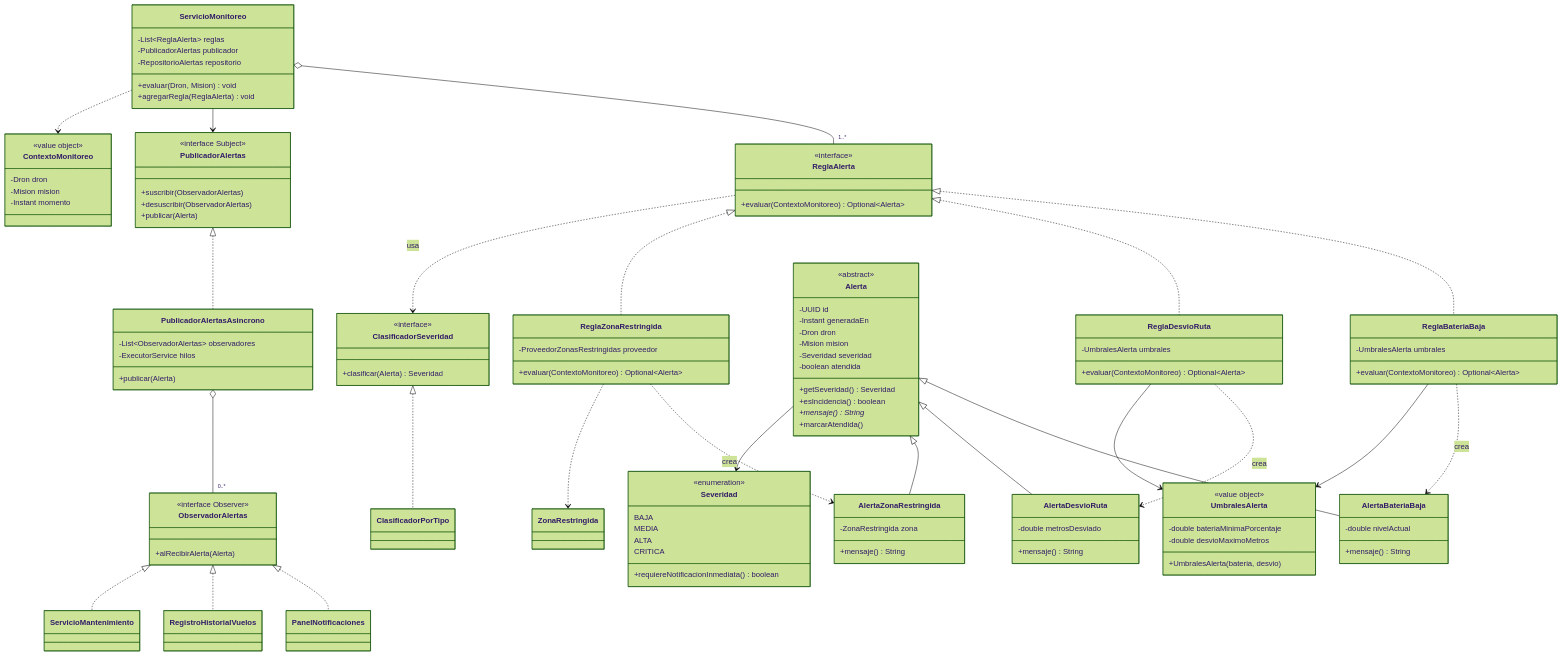
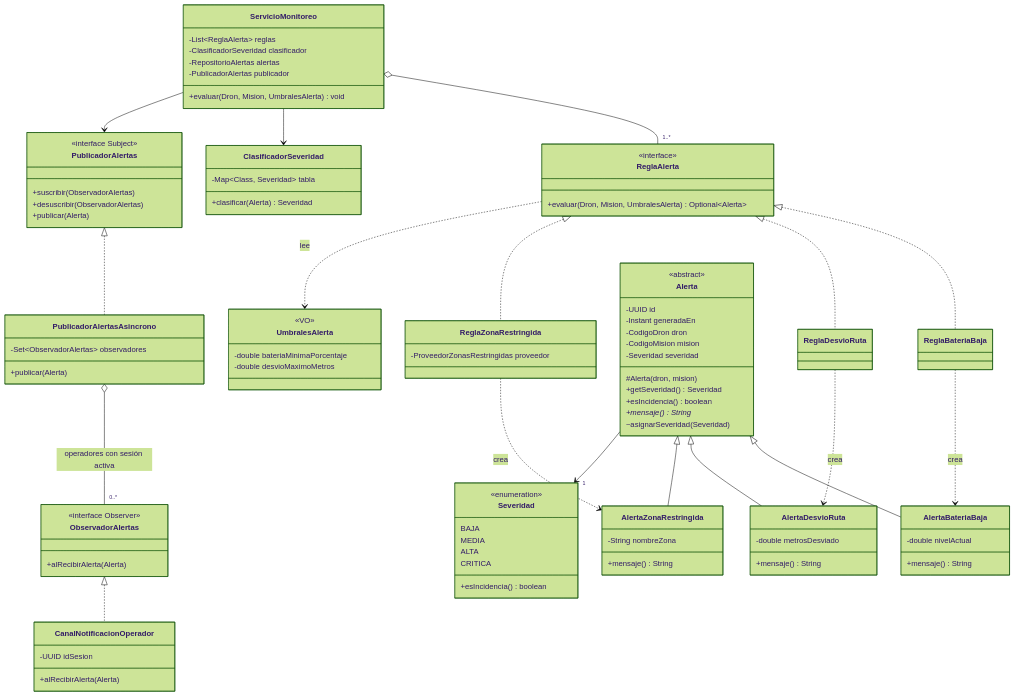
One commit to Juanescuaran2041/dronflow changed the fifth of 7 diagrams in docs/diagrama-clases.md. Above: the diagram before and after it, drawn with Mermaid (forest theme). The commit also changed other lines of this file and 11 other files, not shown here.

````diff
--- a/docs/diagrama-clases.md
+++ b/docs/diagrama-clases.md
@@ -389,46 +383,33 @@
 
     class ServicioMonitoreo {
         -List~ReglaAlerta~ reglas
+        -ClasificadorSeveridad clasificador
+        -RepositorioAlertas alertas
         -PublicadorAlertas publicador
-        -RepositorioAlertas repositorio
-        +evaluar(Dron, Mision) void
-        +agregarRegla(ReglaAlerta) void
+        +evaluar(Dron, Mision, UmbralesAlerta) void
     }
     class ReglaAlerta {
         <<interface>>
-        +evaluar(ContextoMonitoreo) Optional~Alerta~
+        +evaluar(Dron, Mision, UmbralesAlerta) Optional~Alerta~
     }
-    class ReglaBateriaBaja {
-        -UmbralesAlerta umbrales
-        +evaluar(ContextoMonitoreo) Optional~Alerta~
-    }
-    class ReglaDesvioRuta {
-        -UmbralesAlerta umbrales
-        +evaluar(ContextoMonitoreo) Optional~Alerta~
-    }
+    class ReglaBateriaBaja
+    class ReglaDesvioRuta
     class ReglaZonaRestringida {
         -ProveedorZonasRestringidas proveedor
-        +evaluar(ContextoMonitoreo) Optional~Alerta~
-    }
-    class ContextoMonitoreo {
-        <<value object>>
-        -Dron dron
-        -Mision mision
-        -Instant momento
     }
 
     class Alerta {
         <<abstract>>
         -UUID id
         -Instant generadaEn
-        -Dron dron
-        -Mision mision
+        -CodigoDron dron
+        -CodigoMision mision
         -Severidad severidad
-        -boolean atendida
+        #Alerta(dron, mision)
         +getSeveridad() Severidad
         +esIncidencia() boolean
         +mensaje()* String
-        +marcarAtendida()
+        ~asignarSeveridad(Severidad)
     }
     class AlertaBateriaBaja {
         -double nivelActual
@@ -439,7 +420,7 @@
         +mensaje() String
     }
     class AlertaZonaRestringida {
-        -ZonaRestringida zona
+        -String nombreZona
         +mensaje() String
     }
     class Severidad {
@@ -448,19 +429,16 @@
         MEDIA
         ALTA
         CRITICA
-        +requiereNotificacionInmediata() boolean
+        +esIncidencia() boolean
     }
     class ClasificadorSeveridad {
-        <<interface>>
+        -Map~Class, Severidad~ tabla
         +clasificar(Alerta) Severidad
     }
-    class ClasificadorPorTipo
-
     class UmbralesAlerta {
-        <<value object>>
+        <<VO>>
         -double bateriaMinimaPorcentaje
         -double desvioMaximoMetros
-        +UmbralesAlerta(bateria, desvio)
     }
 
     class PublicadorAlertas {
@@ -470,43 +448,33 @@
         +publicar(Alerta)
     }
     class PublicadorAlertasAsincrono {
-        -List~ObservadorAlertas~ observadores
-        -ExecutorService hilos
+        -Set~ObservadorAlertas~ observadores
         +publicar(Alerta)
     }
     class ObservadorAlertas {
         <<interface Observer>>
         +alRecibirAlerta(Alerta)
     }
-    class PanelNotificaciones
-    class RegistroHistorialVuelos
-    class ServicioMantenimiento
+    class CanalNotificacionOperador {
+        -UUID idSesion
+        +alRecibirAlerta(Alerta)
+    }
 
     Alerta <|-- AlertaBateriaBaja
     Alerta <|-- AlertaDesvioRuta
     Alerta <|-- AlertaZonaRestringida
-    Alerta --> Severidad
-
+    Alerta --> "1" Severidad
     ServicioMonitoreo o-- "1..*" ReglaAlerta
+    ServicioMonitoreo --> ClasificadorSeveridad
     ServicioMonitoreo --> PublicadorAlertas
-    ServicioMonitoreo ..> ContextoMonitoreo
-
     ReglaAlerta <|.. ReglaBateriaBaja
     ReglaAlerta <|.. ReglaDesvioRuta
     ReglaAlerta <|.. ReglaZonaRestringida
     ReglaBateriaBaja ..> AlertaBateriaBaja : crea
     ReglaDesvioRuta ..> AlertaDesvioRuta : crea
     ReglaZonaRestringida ..> AlertaZonaRestringida : crea
-    ReglaBateriaBaja --> UmbralesAlerta
-    ReglaDesvioRuta --> UmbralesAlerta
-    ReglaZonaRestringida ..> ZonaRestringida
-
-    ReglaAlerta ..> ClasificadorSeveridad : usa
-    ClasificadorSeveridad <|.. ClasificadorPorTipo
-
+    ReglaAlerta ..> UmbralesAlerta : lee
     PublicadorAlertas <|.. PublicadorAlertasAsincrono
-    PublicadorAlertasAsincrono o-- "0..*" ObservadorAlertas
-    ObservadorAlertas <|.. PanelNotificaciones
-    ObservadorAlertas <|.. RegistroHistorialVuelos
-    ObservadorAlertas <|.. ServicioMantenimiento
+    PublicadorAlertasAsincrono o-- "0..*" ObservadorAlertas : operadores con sesión activa
+    ObservadorAlertas <|.. CanalNotificacionOperador
 ```
````
